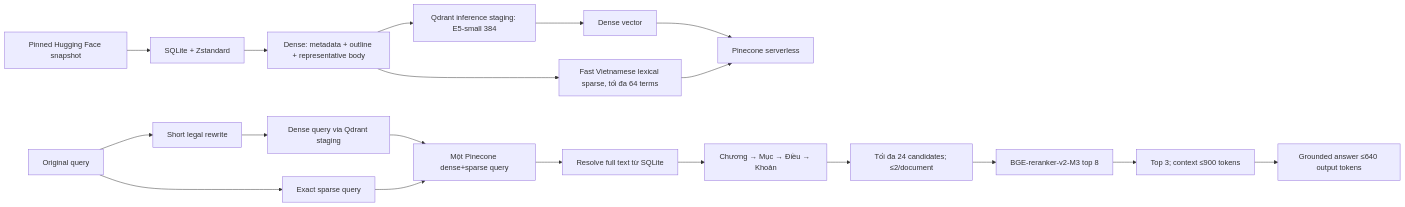
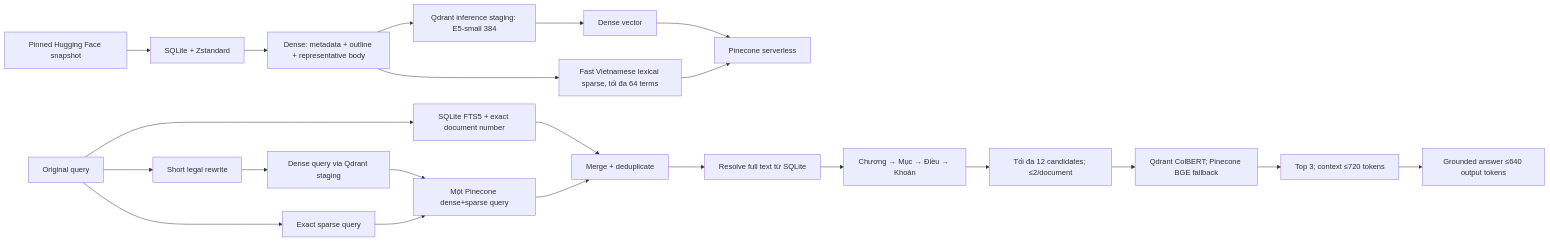
One commit to TanNguyen234/VietLex-Tech-Spec changed the diagram in README.md. Above: the diagram before and after it, drawn with Mermaid. The commit also changed other lines of this file and 7 other files, not shown here.

````diff
--- a/README.md
+++ b/README.md
@@ -26,22 +26,25 @@
 ```mermaid
 flowchart LR
     HF["Pinned Hugging Face snapshot"] --> Store["SQLite + Zstandard"]
     Store --> Text["Dense: metadata + outline + representative body"]
     Text --> Stage["Qdrant inference staging: E5-small 384"]
     Stage --> Vector["Dense vector"]
     Text --> Sparse["Fast Vietnamese lexical sparse, tối đa 64 terms"]
     Vector --> Pinecone["Pinecone serverless"]
     Sparse --> Pinecone
 
     Query["Original query"] --> Rewrite["Short legal rewrite"]
+    Query --> FTS["SQLite FTS5 + exact document number"]
     Rewrite --> QueryEmbed["Dense query via Qdrant staging"]
     Query --> SparseQuery["Exact sparse query"]
     QueryEmbed --> Hybrid["Một Pinecone dense+sparse query"]
     SparseQuery --> Hybrid
-    Hybrid --> Resolve["Resolve full text từ SQLite"]
+    FTS --> Merge["Merge + deduplicate"]
+    Hybrid --> Merge
+    Merge --> Resolve["Resolve full text từ SQLite"]
     Resolve --> Chunk["Chương → Mục → Điều → Khoản"]
-    Chunk --> Bound["Tối đa 24 candidates; ≤2/document"]
-    Bound --> Rerank["BGE-reranker-v2-M3 top 8"]
-    Rerank --> Budget["Top 3; context ≤900 tokens"]
+    Chunk --> Bound["Tối đa 12 candidates; ≤2/document"]
+    Bound --> Rerank["Qdrant ColBERT; Pinecone BGE fallback"]
+    Rerank --> Budget["Top 3; context ≤720 tokens"]
     Budget --> Answer["Grounded answer ≤640 output tokens"]
 ```
````
